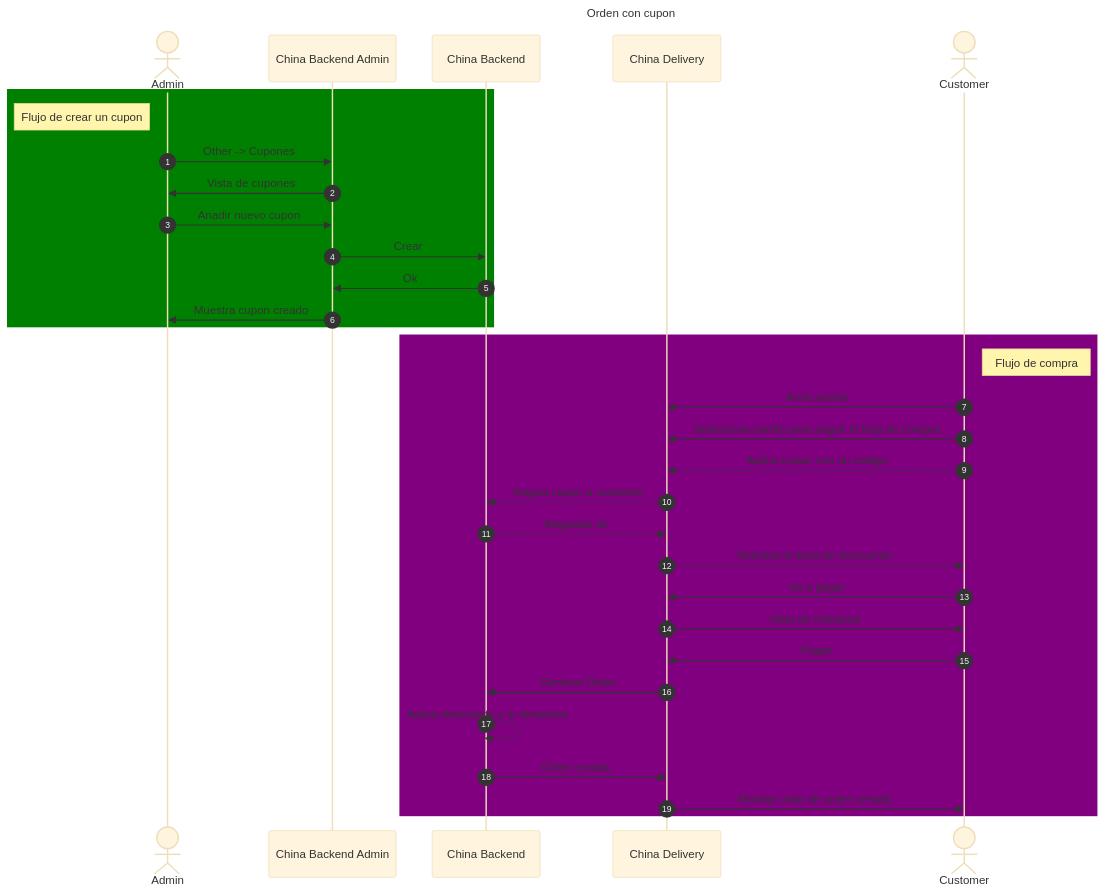
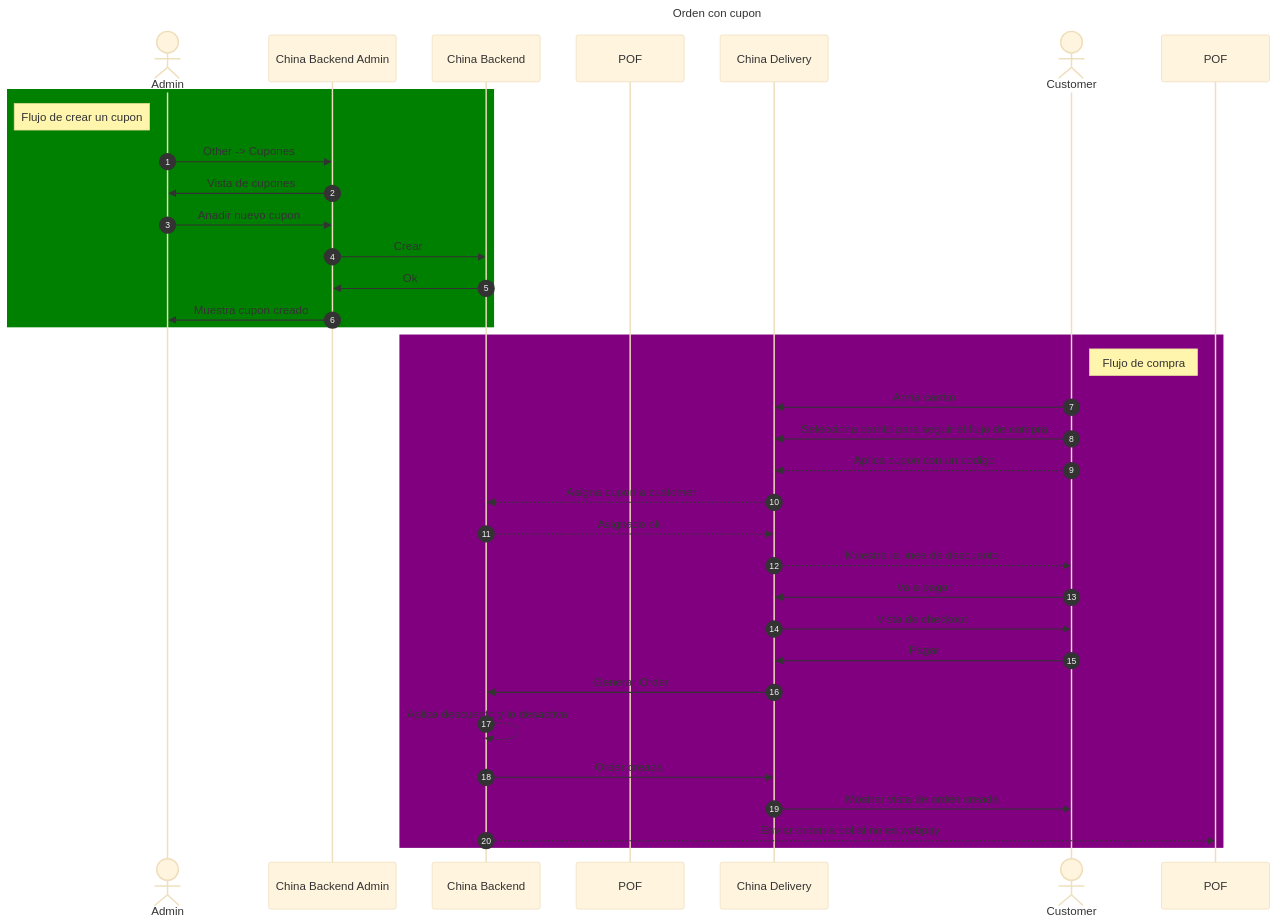
One commit to javix70/personal_obsidian changed the second of 3 diagrams in 100_niufoods/03_projects/china_backend/documentation/coupons/diagramns.md. Above: the diagram before and after it, drawn with Mermaid (base theme). The commit also changed 6 other files, not shown here.

````diff
--- a/100_niufoods/03_projects/china_backend/documentation/coupons/diagramns.md
+++ b/100_niufoods/03_projects/china_backend/documentation/coupons/diagramns.md
@@ -38,38 +38,40 @@
 ```mermaid
 ---
 title: Orden con cupon
 ---
 sequenceDiagram
     autonumber
     actor A as Admin
     participant BA as China Backend Admin
     participant B as China Backend
+    participant P as POF
     participant D as China Delivery
     actor C as Customer
 
     rect Green
     note left of A: Flujo de crear un cupon
     A->>BA: Other -> Cupones 
     BA->>A: Vista de cupones
     A->>BA: Anadir nuevo cupon
     BA->>B: Crear
     B->>BA: Ok
     BA->>A: Muestra cupon creado
     end
     rect Purple
     note right of C: Flujo de compra
     C->>D: Arma carrito
     C->>D: Selecciona carrito para seguir el flujo de compra
     C-->>D: Aplica cupon con un codigo
     D-->>B: Asigna cupon a customer
     B-->>D: Asignado ok
     D-->>C: Muestra la linea de descuento
     C->>D: Va a pagar
     D->>C: Vista de checkout
     C->>D: Pagar
     D->>B: Generar Order
     B-->>B: Aplica descuento y lo desactiva
     B->>D: Order creada
     D->>C: Mostrar vista de orden creada
+    B-->>POF: Enviar orden a pof si no es webpay
     end
 ```
````
